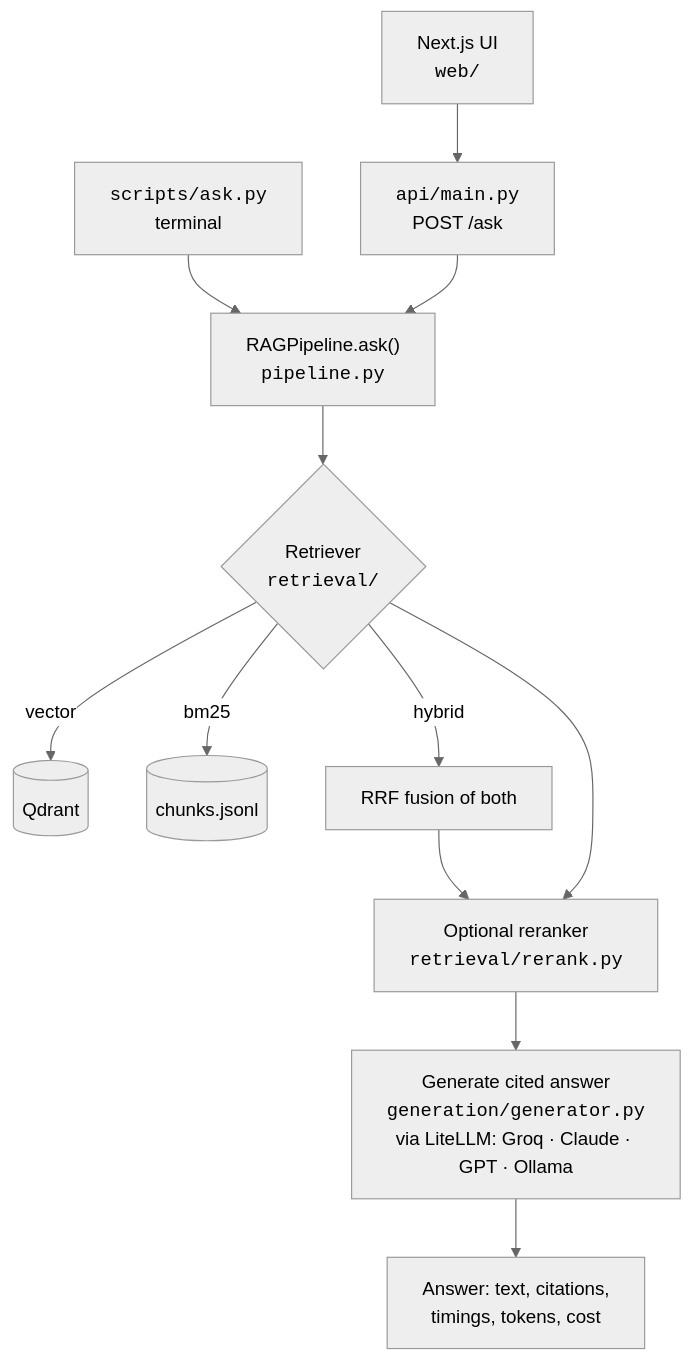
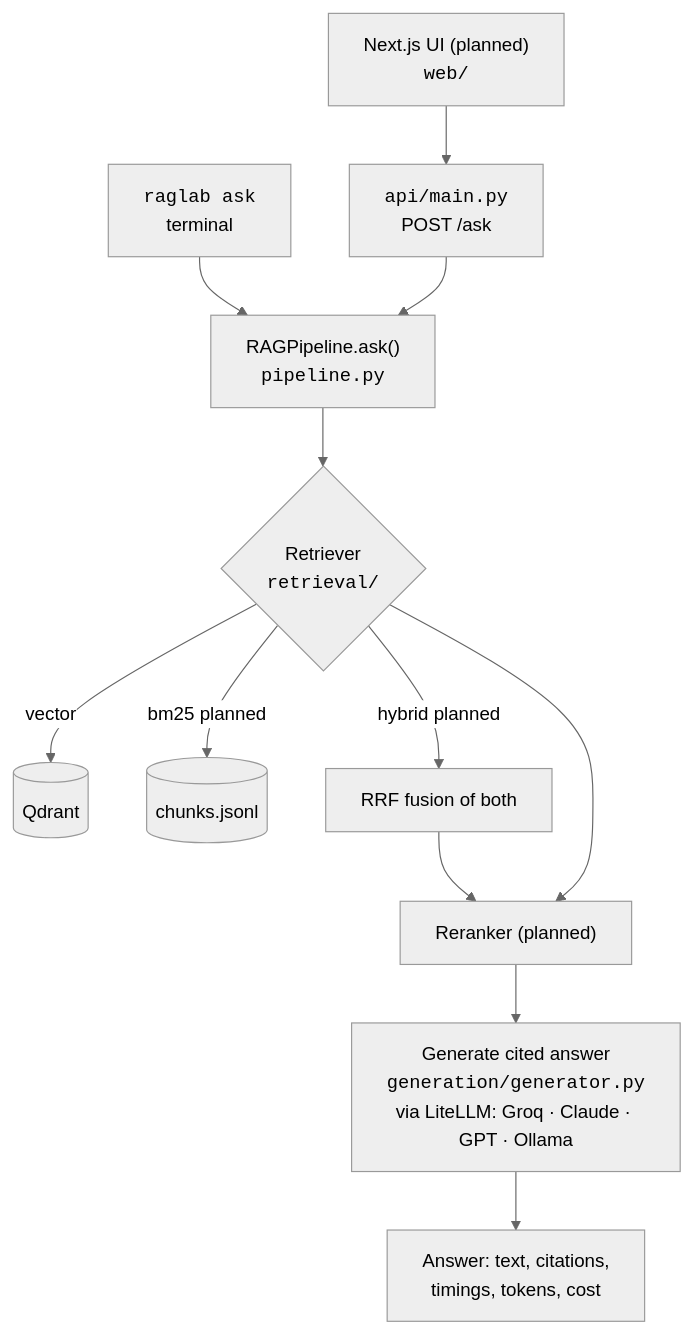
One commit to priyam-16/rag-lab changed the second of 3 diagrams in docs/architecture.md. Above: the diagram before and after it, drawn with Mermaid (neutral theme). The commit also changed other lines of this file and 19 other files, not shown here.

````diff
--- a/docs/architecture.md
+++ b/docs/architecture.md
@@ -28,14 +31,14 @@
 ```mermaid
 flowchart TD
-    U1["<code>scripts/ask.py</code><br/>terminal"] --> P
+    U1["<code>raglab ask</code><br/>terminal"] --> P
     U2["<code>api/main.py</code><br/>POST /ask"] --> P
-    W["Next.js UI<br/><code>web/</code>"] --> U2
+    W["Next.js UI (planned)<br/><code>web/</code>"] --> U2
     P["RAGPipeline.ask()<br/><code>pipeline.py</code>"] --> RT
     RT{"Retriever<br/><code>retrieval/</code>"} -->|vector| V[("Qdrant")]
-    RT -->|bm25| K[("chunks.jsonl")]
-    RT -->|hybrid| F["RRF fusion of both"]
-    F --> RR["Optional reranker<br/><code>retrieval/rerank.py</code>"]
+    RT -->|bm25 planned| K[("chunks.jsonl")]
+    RT -->|hybrid planned| F["RRF fusion of both"]
+    F --> RR["Reranker (planned)"]
     RT --> RR
     RR --> G["Generate cited answer<br/><code>generation/generator.py</code><br/>via LiteLLM: Groq · Claude · GPT · Ollama"]
     G --> O["Answer: text, citations,<br/>timings, tokens, cost"]
 ```
````
